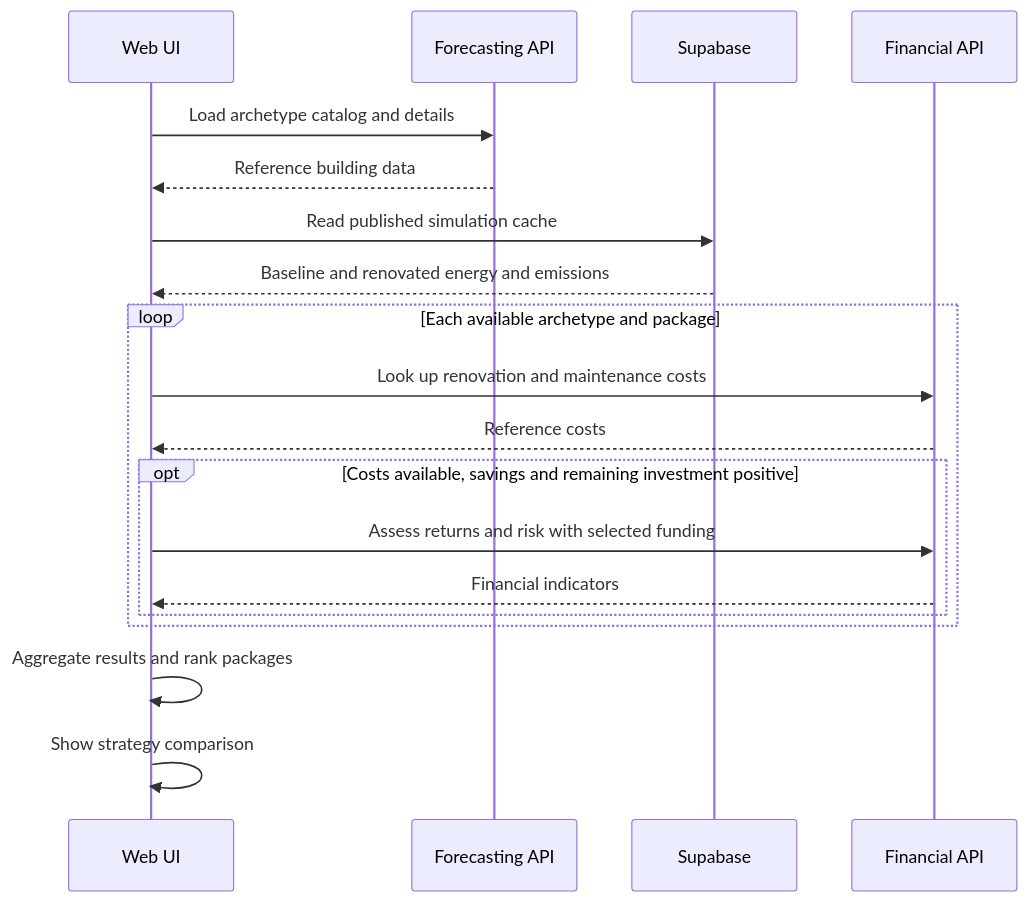
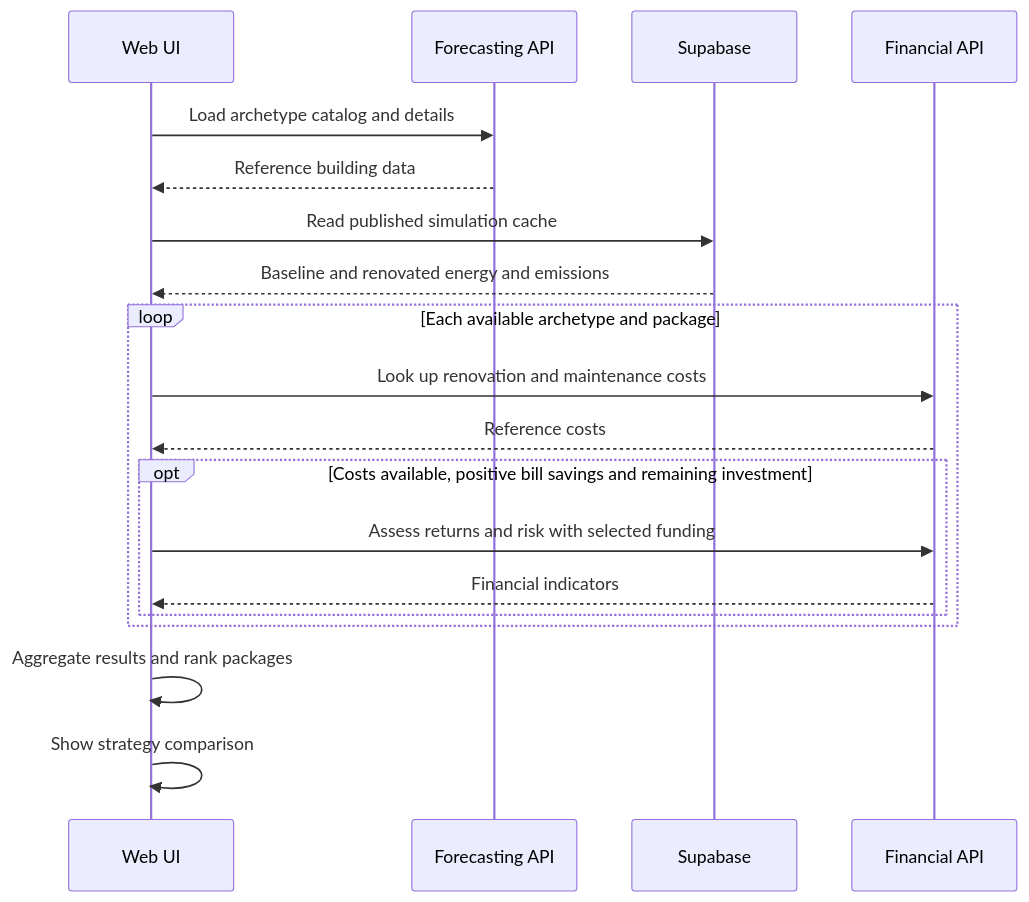
One commit to ReLIFE-Project-EU/relife-web-ui changed the fourth of 4 diagrams in README.md. Above: the diagram before and after it, drawn with Mermaid. The commit also changed other lines of this file, not shown here.

````diff
--- a/README.md
+++ b/README.md
@@ -126,22 +148,22 @@
 ```mermaid
 sequenceDiagram
     participant UI as Web UI
     participant FCAST as Forecasting API
     participant DB as Supabase
     participant FIN as Financial API
 
     UI->>FCAST: Load archetype catalog and details
     FCAST-->>UI: Reference building data
     UI->>DB: Read published simulation cache
     DB-->>UI: Baseline and renovated energy and emissions
     loop Each available archetype and package
       UI->>FIN: Look up renovation and maintenance costs
       FIN-->>UI: Reference costs
-      opt Costs available, savings and remaining investment positive
+      opt Costs available, positive bill savings and remaining investment
         UI->>FIN: Assess returns and risk with selected funding
         FIN-->>UI: Financial indicators
       end
     end
     UI->>UI: Aggregate results and rank packages
     UI->>UI: Show strategy comparison
 ```
````
